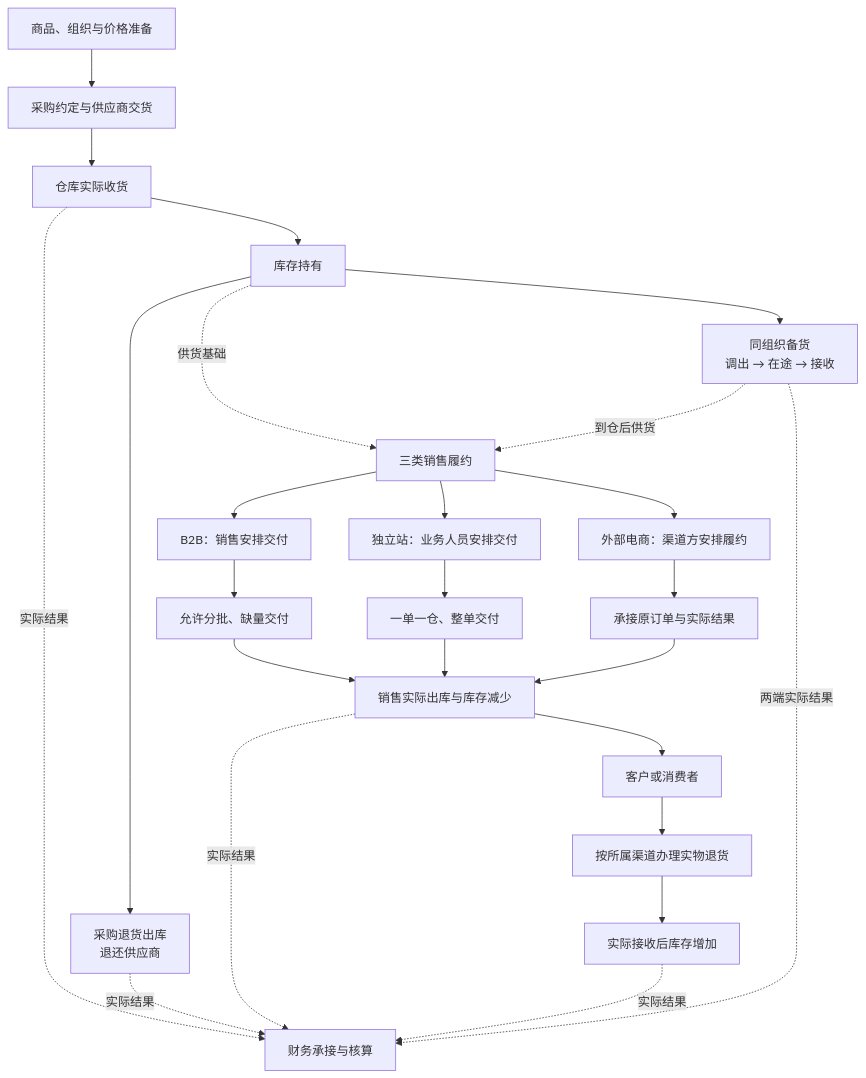
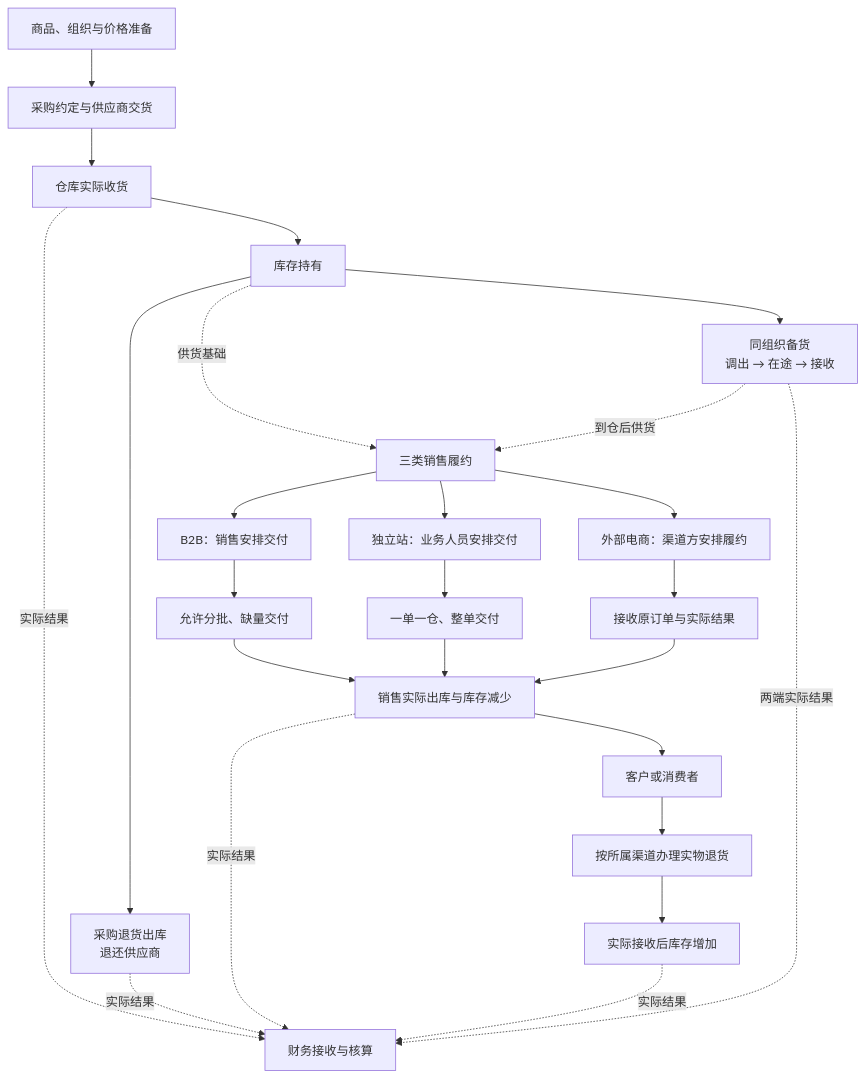
The diagram in 03-业务分析和设计/00-业务蓝图.md (TopVitamin/QS-ERP-Project), drawn with Mermaid before and after one commit. The commit also changed other lines of this file and 32 other files, not shown here.

````diff
--- a/03-业务分析和设计/00-业务蓝图.md
+++ b/03-业务分析和设计/00-业务蓝图.md
@@ -20,27 +20,27 @@
 ```mermaid
 flowchart TB
     A[商品、组织与价格准备] --> B[采购约定与供应商交货]
     B --> C[仓库实际收货]
     C --> D[库存持有]
     D --> E[同组织备货<br/>调出 → 在途 → 接收]
     D --> R[采购退货出库<br/>退还供应商]
     D -.供货基础.-> S[三类销售履约]
     E -.到仓后供货.-> S
     S --> B1[B2B：销售安排交付]
     S --> S1[独立站：业务人员安排交付]
     S --> T1[外部电商：渠道方安排履约]
     B1 --> B2[允许分批、缺量交付]
     S1 --> S2[一单一仓、整单交付]
-    T1 --> T2[承接原订单与实际结果]
+    T1 --> T2[接收原订单与实际结果]
     B2 --> O[销售实际出库与库存减少]
     S2 --> O
     T2 --> O
     O --> U[客户或消费者]
     U --> V[按所属渠道办理实物退货]
     V --> W[实际接收后库存增加]
-    C -.实际结果.-> F[财务承接与核算]
+    C -.实际结果.-> F[财务接收与核算]
     R -.实际结果.-> F
     O -.实际结果.-> F
     W -.实际结果.-> F
     E -.两端实际结果.-> F
 ```
````
